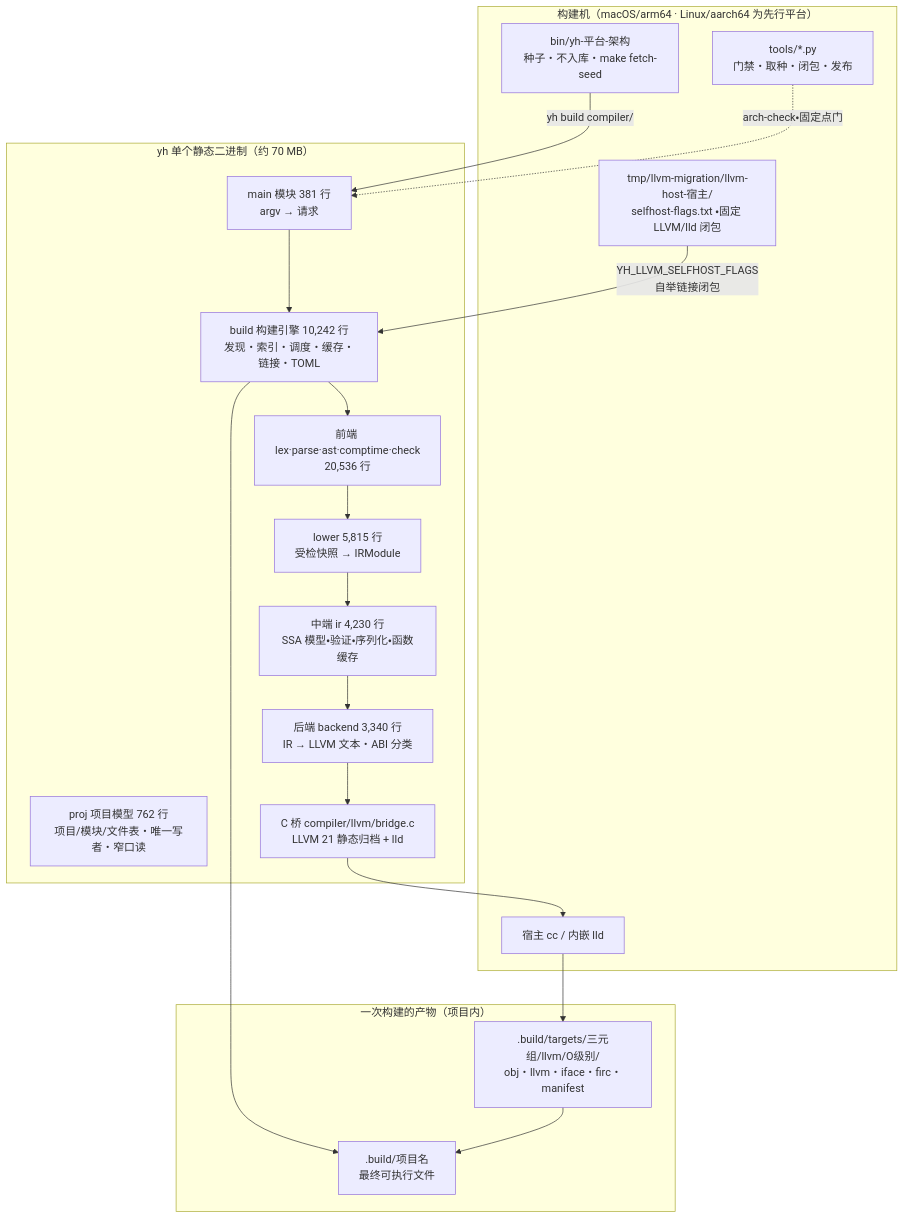
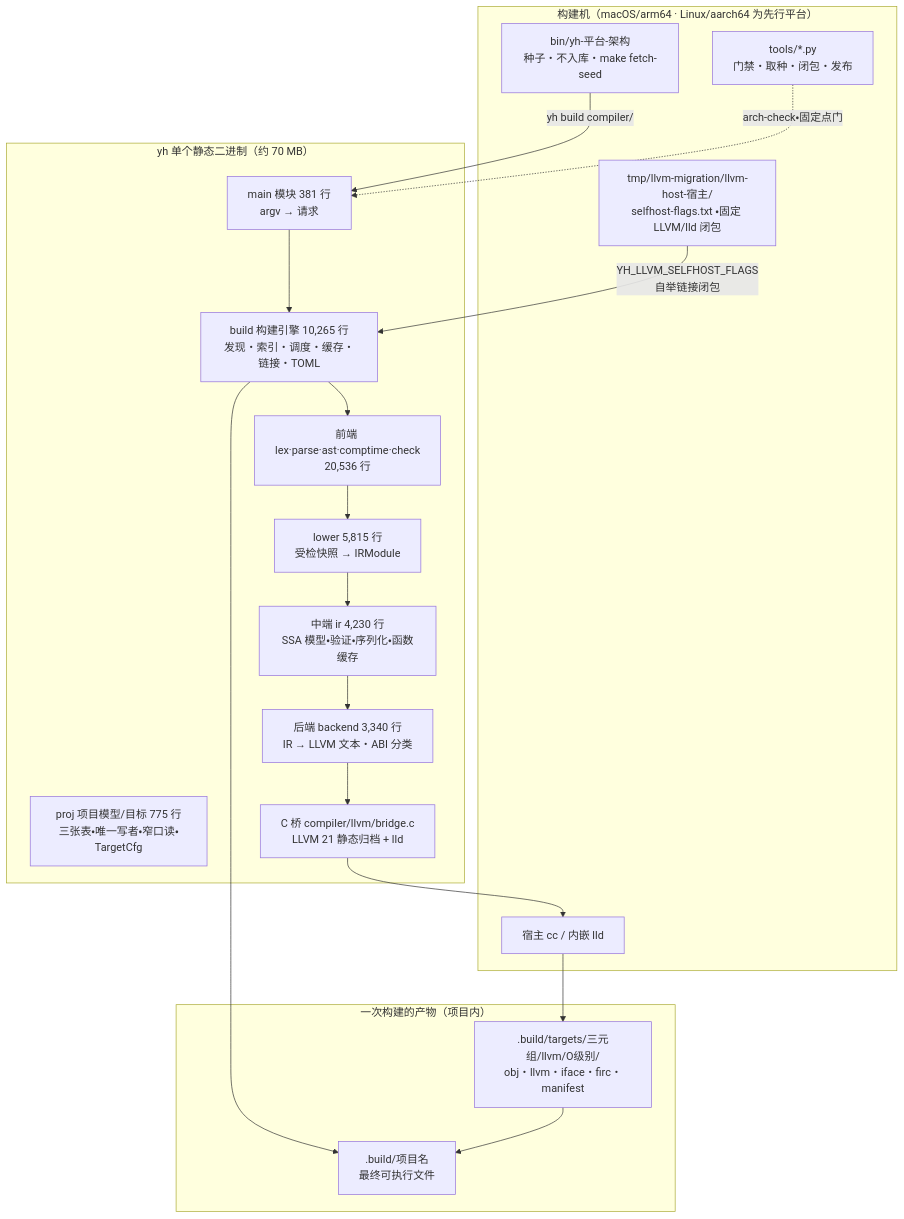
One commit to lalavender/x changed the first of 9 diagrams in docs/03-design/yh-架构图-2026-10-25.md. Above: the diagram before and after it, drawn with Mermaid. The commit also changed other lines of this file and 2 other files, not shown here.

Commit message:
docs: B1-2 交付记录（目标/配置归 proj、canon 显式出参）+ todo/架构图数字同步

````diff
--- a/docs/03-design/yh-架构图-2026-10-25.md
+++ b/docs/03-design/yh-架构图-2026-10-25.md
@@ -24,39 +24,39 @@
 ```mermaid
 flowchart TB
   subgraph HOST["构建机（macOS/arm64 · Linux/aarch64 为先行平台）"]
     SEED["bin/yh-平台-架构<br/>种子・不入库・make fetch-seed"]
     CLOSURE["tmp/llvm-migration/llvm-host-宿主/<br/>selfhost-flags.txt ・固定 LLVM/lld 闭包"]
     TOOLS["tools/*.py<br/>门禁・取种・闭包・发布"]
     CCHOST["宿主 cc / 内嵌 lld"]
   end
 
   subgraph BIN["yh 单个静态二进制（约 70 MB）"]
     CLI["main 模块 381 行<br/>argv → 请求"]
-    ENGINE["build 构建引擎 10,242 行<br/>发现・索引・调度・缓存・链接・TOML"]
-    PROJ["proj 项目模型 762 行<br/>项目/模块/文件表・唯一写者・窄口读"]
+    ENGINE["build 构建引擎 10,265 行<br/>发现・索引・调度・缓存・链接・TOML"]
+    PROJ["proj 项目模型/目标 775 行<br/>三张表・唯一写者・窄口读・TargetCfg"]
     FRONT["前端 lex·parse·ast·comptime·check<br/>20,536 行"]
     LOWER["lower 5,815 行<br/>受检快照 → IRModule"]
     MID["中端 ir 4,230 行<br/>SSA 模型・验证・序列化・函数缓存"]
     BE["后端 backend 3,340 行<br/>IR → LLVM 文本・ABI 分类"]
     BRIDGE["C 桥 compiler/llvm/bridge.c<br/>LLVM 21 静态归档 + lld"]
   end
 
   subgraph OUT["一次构建的产物（项目内）"]
     OUT1[".build/targets/三元组/llvm/O级别/<br/>obj・llvm・iface・firc・manifest"]
     OUT2[".build/项目名<br/>最终可执行文件"]
   end
 
   SEED -->|"yh build compiler/"| CLI
   CLOSURE -->|"YH_LLVM_SELFHOST_FLAGS<br/>自举链接闭包"| ENGINE
   TOOLS -.->|"arch-check・固定点门"| CLI
   CLI --> ENGINE
   ENGINE --> FRONT
   FRONT --> LOWER
   LOWER --> MID
   MID --> BE
   BE --> BRIDGE
   BRIDGE --> CCHOST
   CCHOST --> OUT1
   ENGINE --> OUT2
   OUT1 --> OUT2
 ```
````
